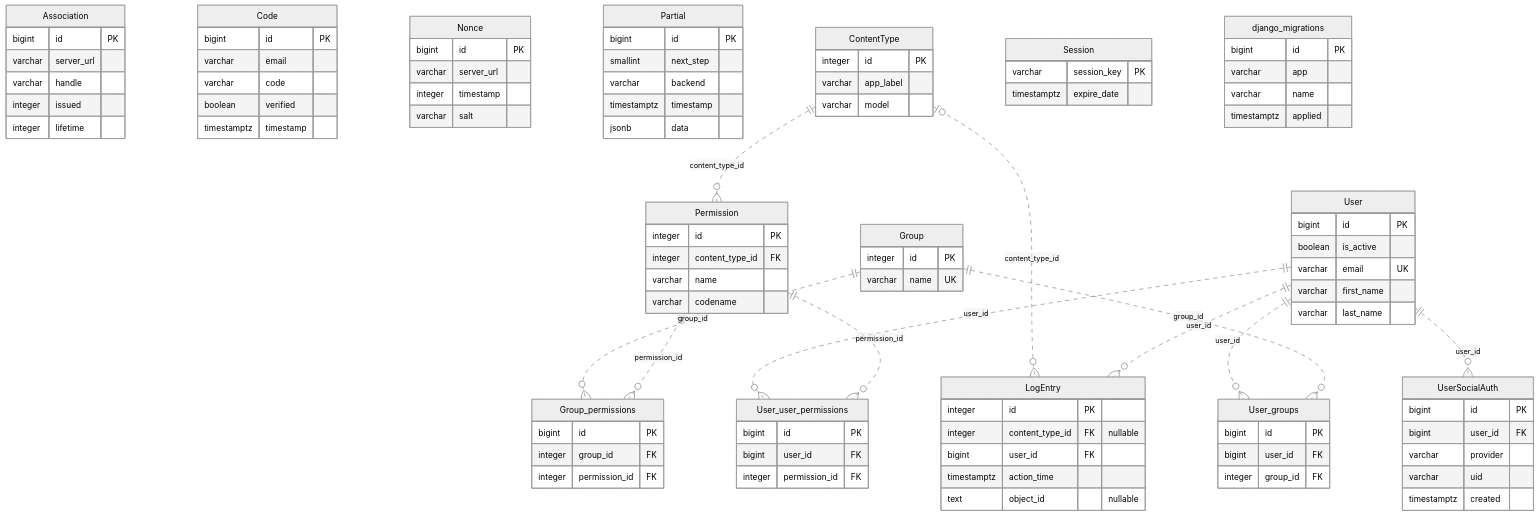
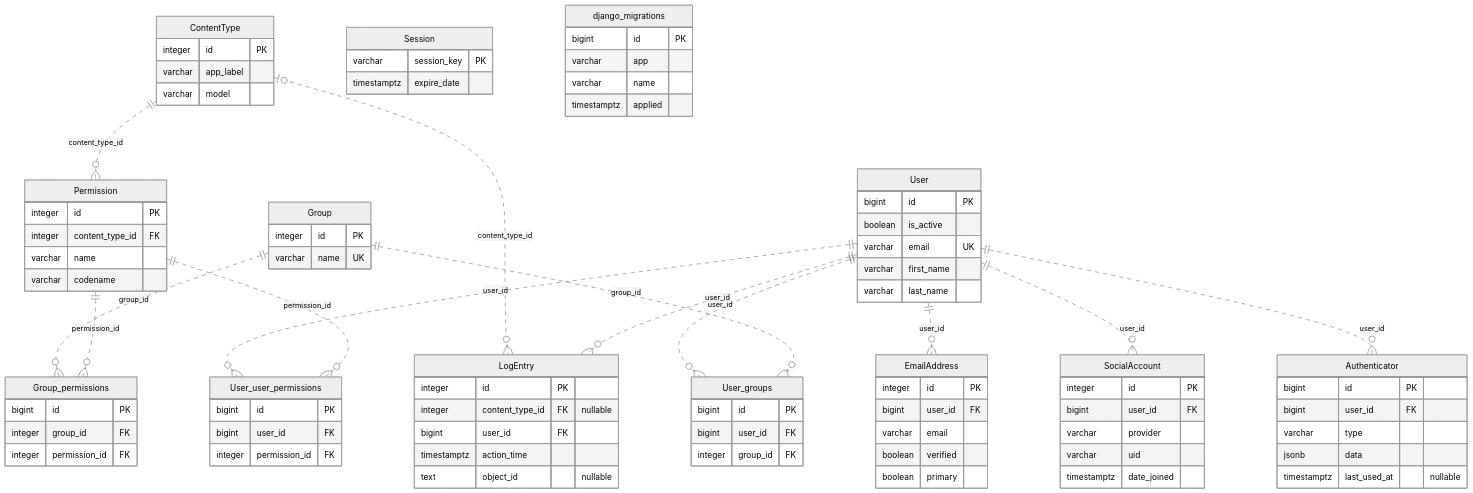
The diagram in docs/technical_architecture_document/assets/donnees-authentification.mmd (betagouv/euphrosyne), drawn with Mermaid (neutral theme) before and after one commit. The commit also changed 3 other files, not shown here.

First line of the commit message:
chore(auth): drop the social_django tables

```diff
--- a/docs/technical_architecture_document/assets/donnees-authentification.mmd
+++ b/docs/technical_architecture_document/assets/donnees-authentification.mmd
@@ -1,100 +1,89 @@
 erDiagram
   direction TB
   euphro_auth_user["User"] {
     bigint id PK
     boolean is_active
     varchar email UK
     varchar first_name
     varchar last_name
   }
   auth_group["Group"] {
     integer id PK
     varchar name UK
   }
   auth_permission["Permission"] {
     integer id PK
     integer content_type_id FK
     varchar name
     varchar codename
   }
   auth_group_permissions["Group_permissions"] {
     bigint id PK
     integer group_id FK
     integer permission_id FK
   }
   euphro_auth_user_groups["User_groups"] {
     bigint id PK
     bigint user_id FK
     integer group_id FK
   }
   euphro_auth_user_user_permissions["User_user_permissions"] {
     bigint id PK
     bigint user_id FK
     integer permission_id FK
   }
-  social_auth_usersocialauth["UserSocialAuth"] {
-    bigint id PK
+  account_emailaddress["EmailAddress"] {
+    integer id PK
+    bigint user_id FK
+    varchar email
+    boolean verified
+    boolean primary
+  }
+  socialaccount_socialaccount["SocialAccount"] {
+    integer id PK
     bigint user_id FK
     varchar provider
     varchar uid
-    timestamptz created
+    timestamptz date_joined
   }
-  social_auth_association["Association"] {
+  mfa_authenticator["Authenticator"] {
     bigint id PK
-    varchar server_url
-    varchar handle
-    integer issued
-    integer lifetime
-  }
-  social_auth_code["Code"] {
-    bigint id PK
-    varchar email
-    varchar code
-    boolean verified
-    timestamptz timestamp
-  }
-  social_auth_nonce["Nonce"] {
-    bigint id PK
-    varchar server_url
-    integer timestamp
-    varchar salt
-  }
-  social_auth_partial["Partial"] {
-    bigint id PK
-    smallint next_step
-    varchar backend
-    timestamptz timestamp
+    bigint user_id FK
+    varchar type
     jsonb data
+    timestamptz last_used_at "nullable"
   }
   django_admin_log["LogEntry"] {
     integer id PK
     integer content_type_id FK "nullable"
     bigint user_id FK
     timestamptz action_time
     text object_id "nullable"
   }
   django_content_type["ContentType"] {
     integer id PK
     varchar app_label
     varchar model
   }
   django_session["Session"] {
     varchar session_key PK
     timestamptz expire_date
   }
   django_migrations["django_migrations"] {
     bigint id PK
     varchar app
     varchar name
     timestamptz applied
   }
   django_content_type ||..o{ auth_permission : "content_type_id"
   auth_group ||..o{ auth_group_permissions : "group_id"
   auth_permission ||..o{ auth_group_permissions : "permission_id"
   euphro_auth_user ||..o{ euphro_auth_user_groups : "user_id"
   auth_group ||..o{ euphro_auth_user_groups : "group_id"
   euphro_auth_user ||..o{ euphro_auth_user_user_permissions : "user_id"
   auth_permission ||..o{ euphro_auth_user_user_permissions : "permission_id"
-  euphro_auth_user ||..o{ social_auth_usersocialauth : "user_id"
+  euphro_auth_user ||..o{ account_emailaddress : "user_id"
+  euphro_auth_user ||..o{ socialaccount_socialaccount : "user_id"
+  euphro_auth_user ||..o{ mfa_authenticator : "user_id"
   django_content_type |o..o{ django_admin_log : "content_type_id"
   euphro_auth_user ||..o{ django_admin_log : "user_id"
```
